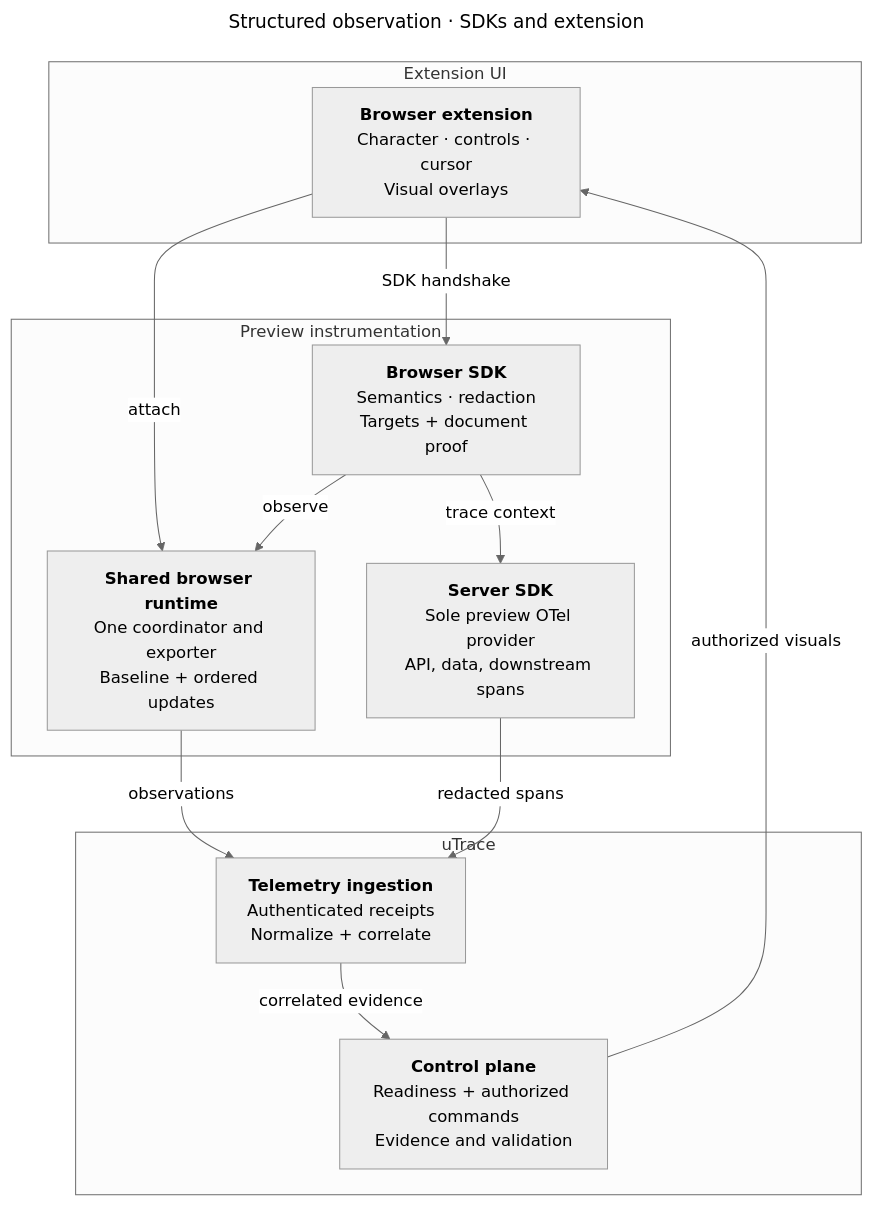
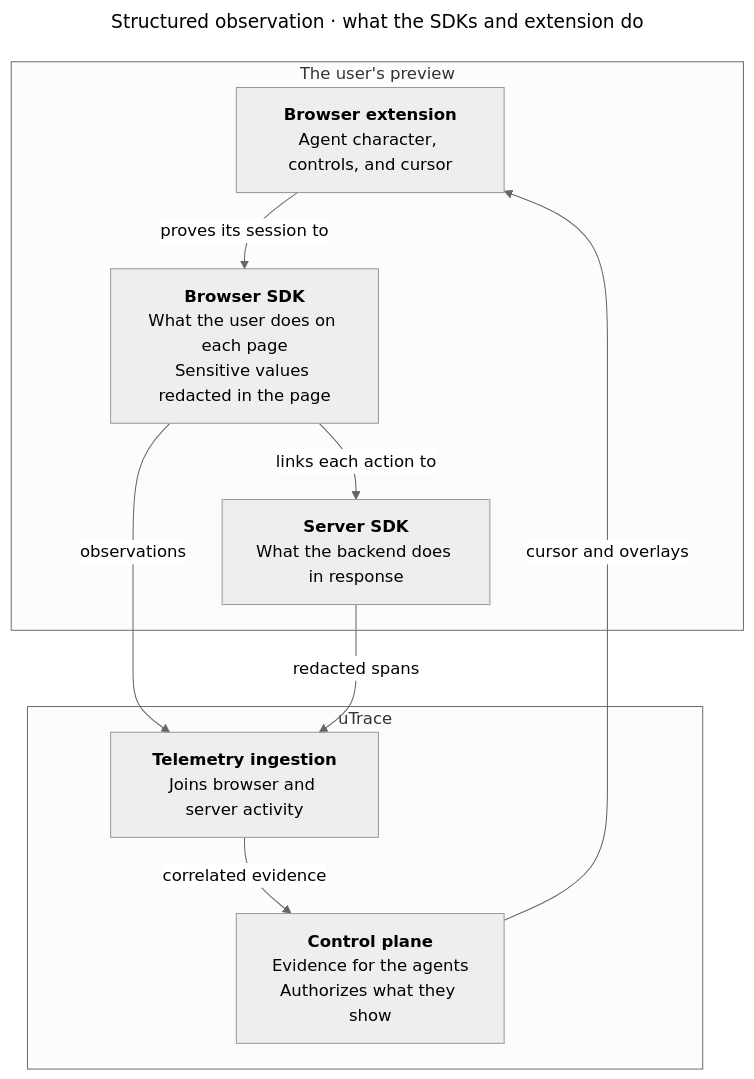
Before and after one commit to rithm84/userTrace: the diagram in docs/diagrams/pele/prd-sdk-architecture.mmd, drawn with Mermaid (neutral theme). The commit also changed 16 other files, not shown here.

```diff
--- a/docs/diagrams/pele/prd-sdk-architecture.mmd
+++ b/docs/diagrams/pele/prd-sdk-architecture.mmd
@@ -1,36 +1,26 @@
 ---
-title: Structured observation · SDKs and extension
+title: Structured observation · what the SDKs and extension do
 ---
 flowchart TB
-  subgraph ui [Extension UI]
+  subgraph preview [The user's preview]
     ext["`**Browser extension**
-    Character · controls · cursor
-    Visual overlays`"]:::observation
-  end
-  subgraph instrumentation [Preview instrumentation]
+    Agent character, controls, and cursor`"]:::observation
     sdk["`**Browser SDK**
-    Semantics · redaction
-    Targets + document proof`"]:::observation
+    What the user does on each page
+    Sensitive values redacted in the page`"]:::observation
     server["`**Server SDK**
-    Sole preview OTel provider
-    API, data, downstream spans`"]:::observation
-    shared["`**Shared browser runtime**
-    One coordinator and exporter
-    Baseline + ordered updates`"]:::observation
+    What the backend does in response`"]:::observation
   end
   subgraph utrace [uTrace]
     ingest["`**Telemetry ingestion**
-    Authenticated receipts
-    Normalize + correlate`"]:::runtime
+    Joins browser and server activity`"]:::runtime
     cp["`**Control plane**
-    Readiness + authorized commands
-    Evidence and validation`"]:::runtime
+    Evidence for the agents
+    Authorizes what they show`"]:::runtime
   end
-  cp -->|authorized visuals| ext
-  ext -->|SDK handshake| sdk
-  ext -->|attach| shared
-  sdk -->|trace context| server
-  sdk -->|observe| shared
-  shared -->|observations| ingest
+  ext -->|proves its session to| sdk
+  sdk -->|links each action to| server
+  sdk -->|observations| ingest
   server -->|redacted spans| ingest
   ingest -->|correlated evidence| cp
+  cp -->|cursor and overlays| ext
```
